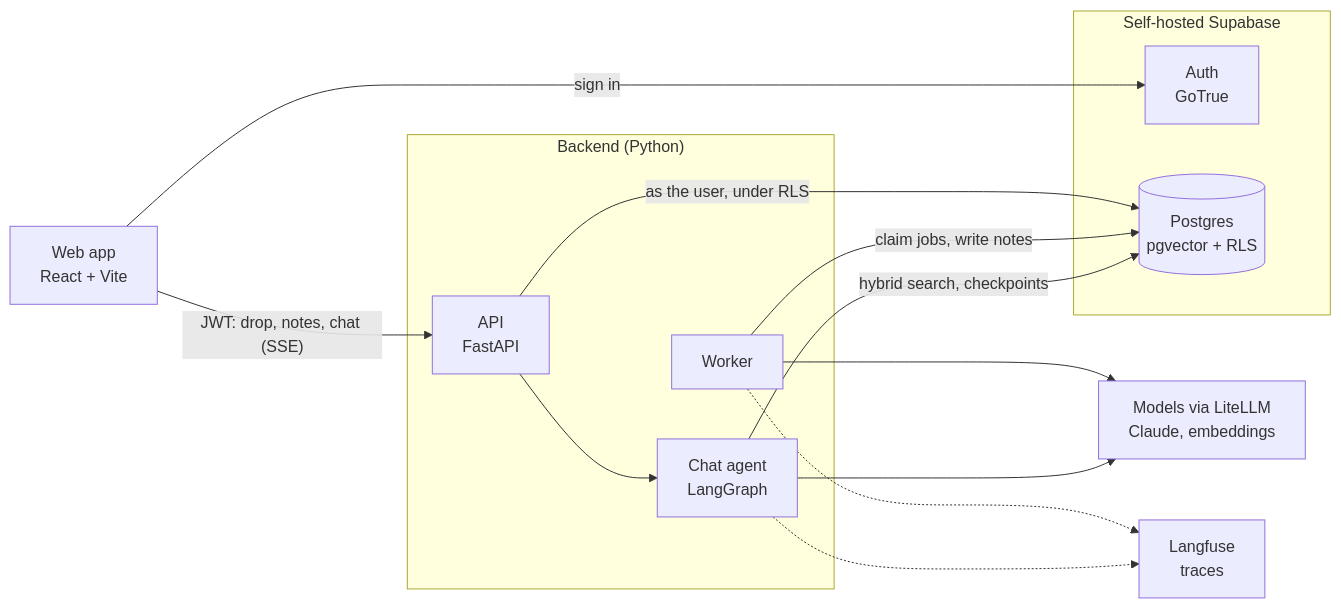
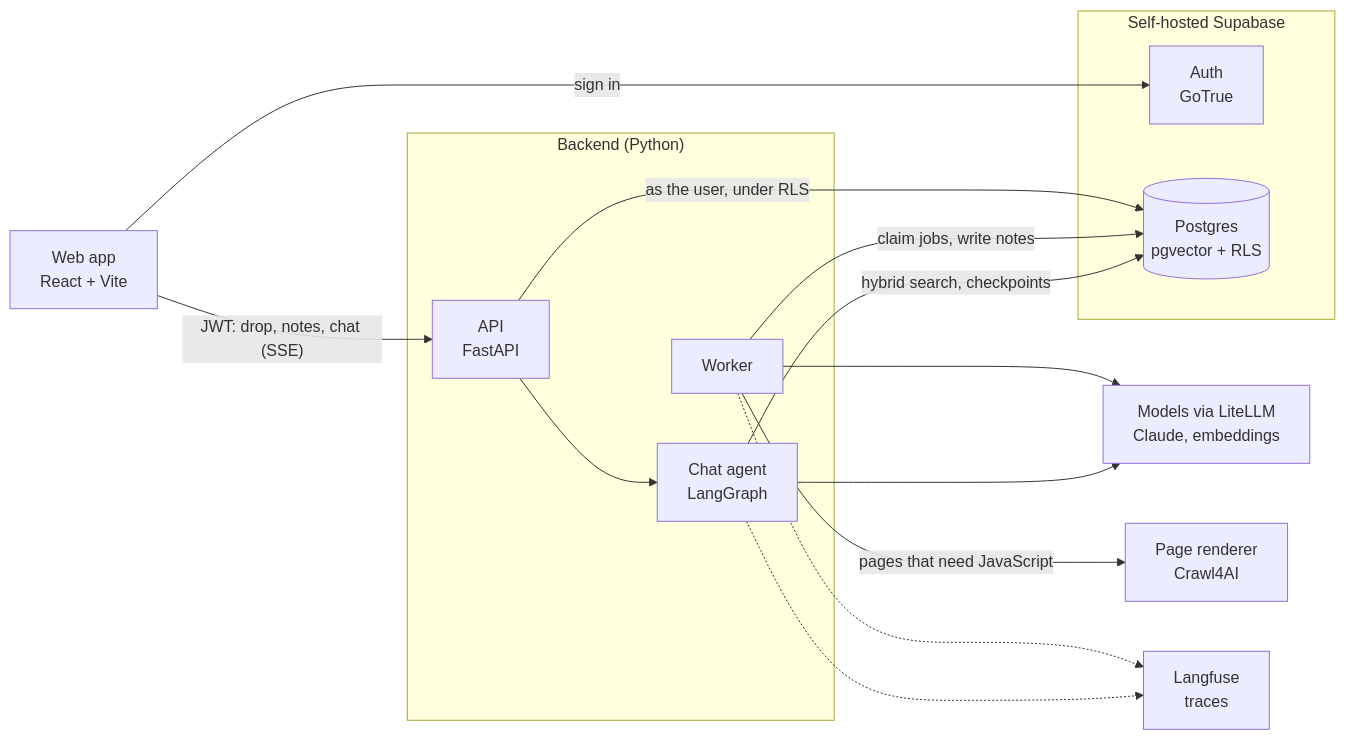
One commit to Lambozhuang/lighthouse changed the diagram in README.md. Above: the diagram before and after it, drawn with Mermaid. The commit also changed other lines of this file and 19 other files, not shown here.

````diff
--- a/README.md
+++ b/README.md
@@ -24,26 +24,28 @@
 ```mermaid
 flowchart LR
     web["Web app<br/>React + Vite"]
     subgraph backend["Backend (Python)"]
         api["API<br/>FastAPI"]
         worker["Worker"]
         agent["Chat agent<br/>LangGraph"]
     end
     subgraph supabase["Self-hosted Supabase"]
         auth["Auth<br/>GoTrue"]
         db[("Postgres<br/>pgvector + RLS")]
     end
     models["Models via LiteLLM<br/>Claude, embeddings"]
+    renderer["Page renderer<br/>Crawl4AI"]
     langfuse["Langfuse<br/>traces"]
 
     web -- "sign in" --> auth
     web -- "JWT: drop, notes, chat (SSE)" --> api
     api --> agent
     api -- "as the user, under RLS" --> db
     worker -- "claim jobs, write notes" --> db
     agent -- "hybrid search, checkpoints" --> db
     worker --> models
+    worker -- "pages that need JavaScript" --> renderer
     agent --> models
     worker -.-> langfuse
     agent -.-> langfuse
 ```
````
